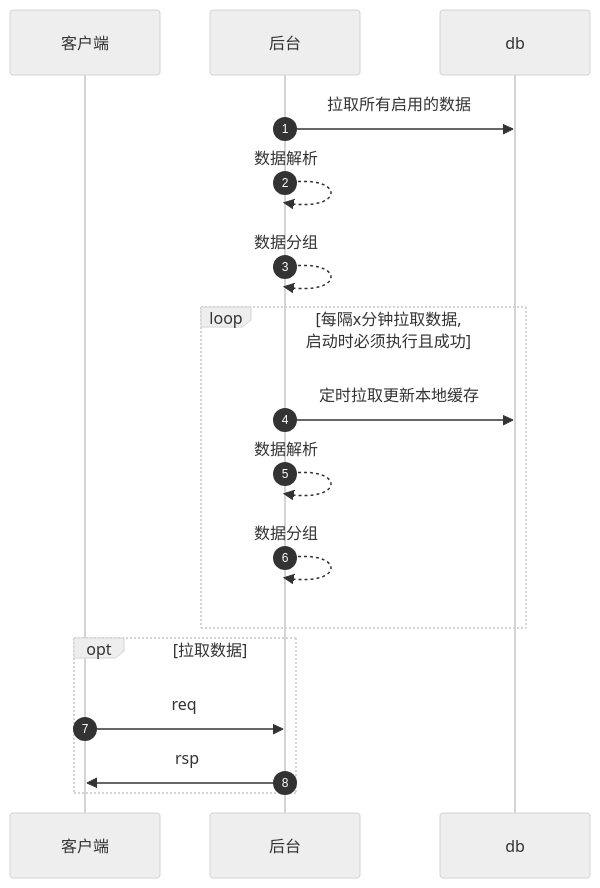
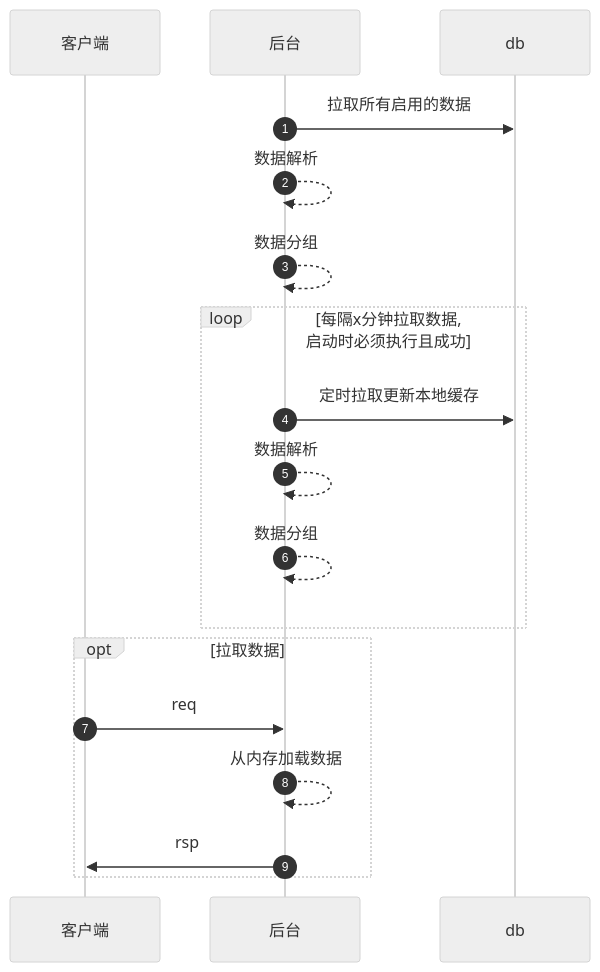
Before and after one commit to zlyuancn/common_button: the diagram in readme.md, drawn with Mermaid (neutral theme). The commit also changed other lines of this file and 13 other files, not shown here.

````diff
--- a/readme.md
+++ b/readme.md
@@ -67,22 +35,23 @@
 ```mermaid
 sequenceDiagram
 autonumber
 participant A as 客户端
 participant B as 后台
 participant C as db
 
 B ->> C: 拉取所有启用的数据
 B -->> B: 数据解析
 B -->> B: 数据分组
 
 loop 每隔x分钟拉取数据, 启动时必须执行且成功
 B ->>C: 定时拉取更新本地缓存
 B -->> B: 数据解析
 B -->> B: 数据分组
 end
 
 opt 拉取数据
 A ->> B: req
+B -->> B: 从内存加载数据
 B ->> A: rsp
 end
 ```
````
